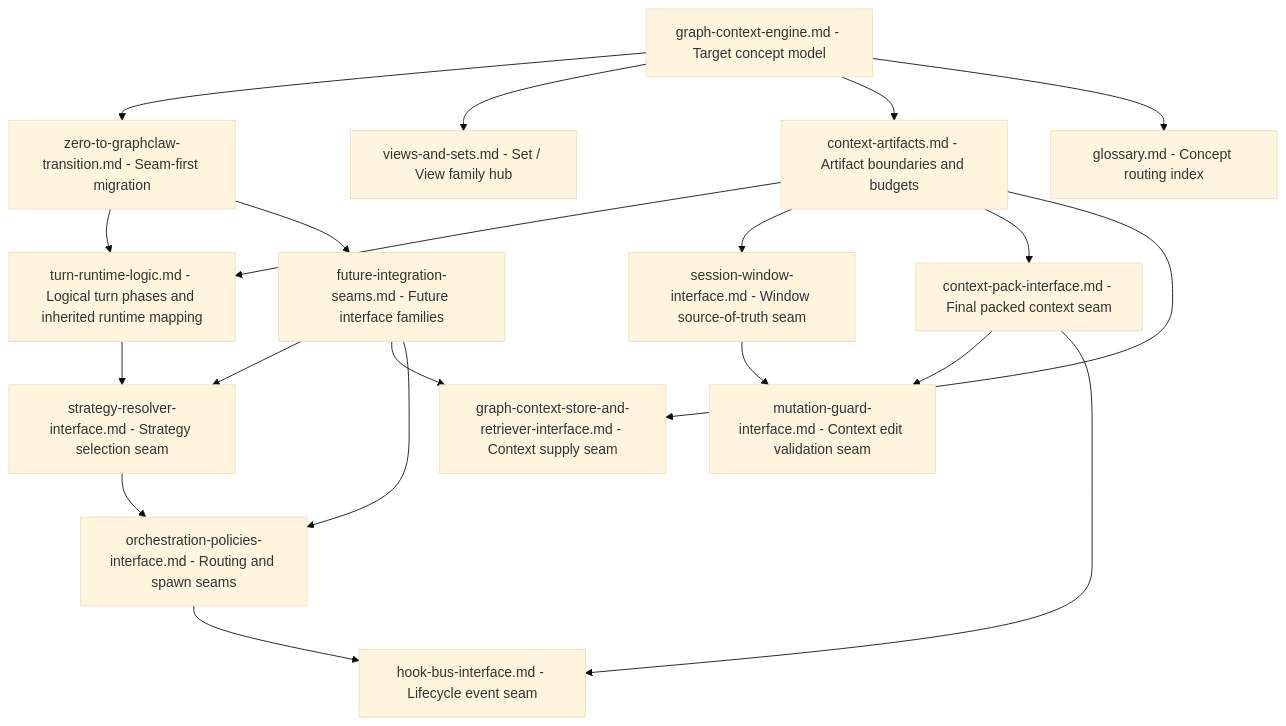
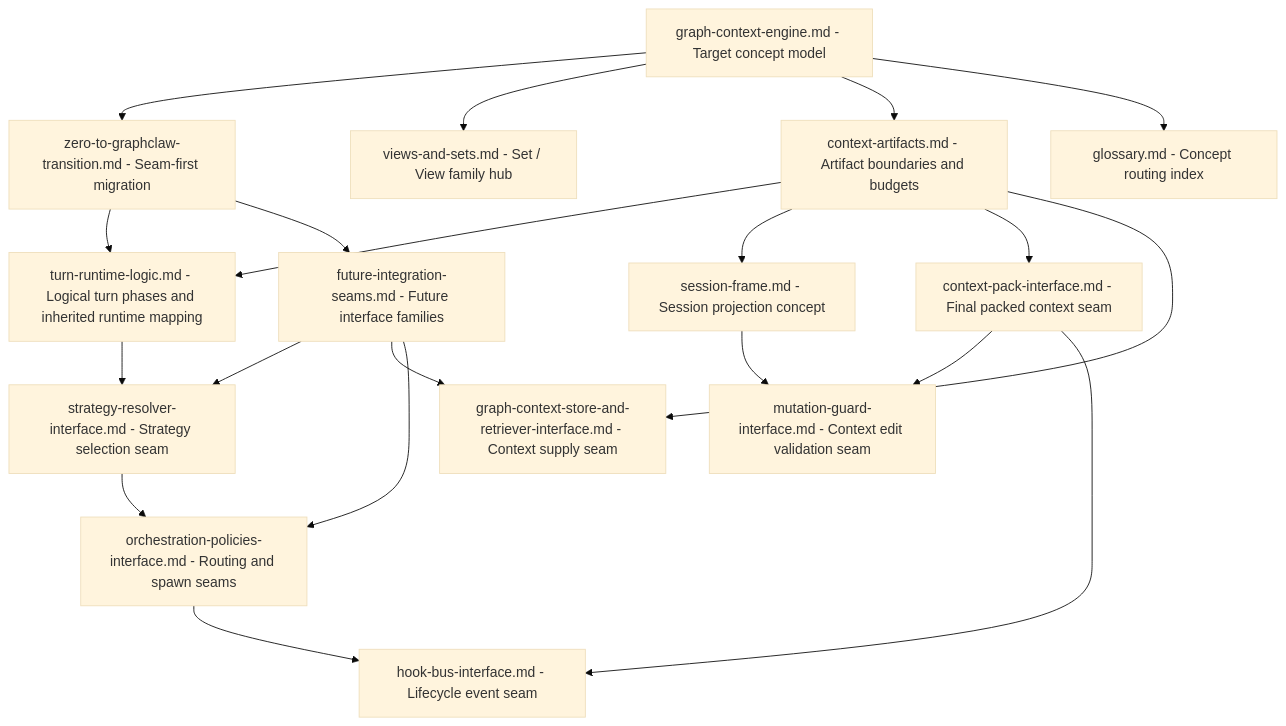
One commit to ZEDIUM-Off/graphclaw changed the diagram in docs/architecture/README.md. Above: the diagram before and after it, drawn with Mermaid (base theme). The commit also changed other lines of this file and 35 other files, not shown here.

Commit message:
docs: align context frames and GoT architecture

````diff
--- a/docs/architecture/README.md
+++ b/docs/architecture/README.md
@@ -48,37 +49,37 @@
 ```mermaid
 flowchart TD
     A["graph-context-engine.md - Target concept model"]
     B["zero-to-graphclaw-transition.md - Seam-first migration"]
     C["views-and-sets.md - Set / View family hub"]
     D["context-artifacts.md - Artifact boundaries and budgets"]
     E["turn-runtime-logic.md - Logical turn phases and inherited runtime mapping"]
     F["future-integration-seams.md - Future interface families"]
-    G["session-window-interface.md - Window source-of-truth seam"]
+    G["session-frame.md - Session projection concept"]
     H["context-pack-interface.md - Final packed context seam"]
     I["strategy-resolver-interface.md - Strategy selection seam"]
     J["graph-context-store-and-retriever-interface.md - Context supply seam"]
     K["mutation-guard-interface.md - Context edit validation seam"]
     L["orchestration-policies-interface.md - Routing and spawn seams"]
     M["hook-bus-interface.md - Lifecycle event seam"]
     N["glossary.md - Concept routing index"]
 
     A --> B
     A --> C
     A --> D
     B --> E
     D --> E
     B --> F
     D --> G
     D --> H
     E --> I
     F --> I
     F --> J
     D --> J
     G --> K
     H --> K
     F --> L
     I --> L
     L --> M
     H --> M
     A --> N
 ```
````
